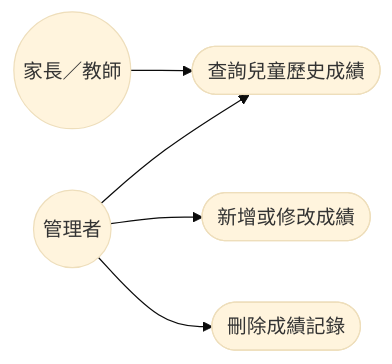
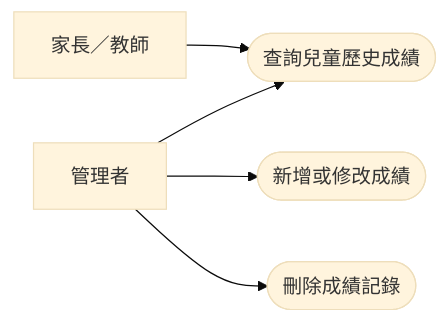
Before and after one commit to WeiChengTW/FMD_AI_Screener: the fourth of 6 diagrams in docs/ch05-use-case-diagrams.md, drawn with Mermaid (base theme). The commit also changed other lines of this file and 1 other file, not shown here.

````diff
--- a/docs/ch05-use-case-diagrams.md
+++ b/docs/ch05-use-case-diagrams.md
@@ -79,14 +79,14 @@
 ```mermaid
 graph LR
-    管理者((管理者))
-    家長教師(("家長／教師"))
+    管理者[管理者]
+    家長教師["家長／教師"]
 
     UC04a([查詢兒童歷史成績])
     UC04b([新增或修改成績])
     UC04c([刪除成績記錄])
 
     管理者  --> UC04a
     管理者  --> UC04b
     管理者  --> UC04c
     家長教師 --> UC04a
 ```
````
